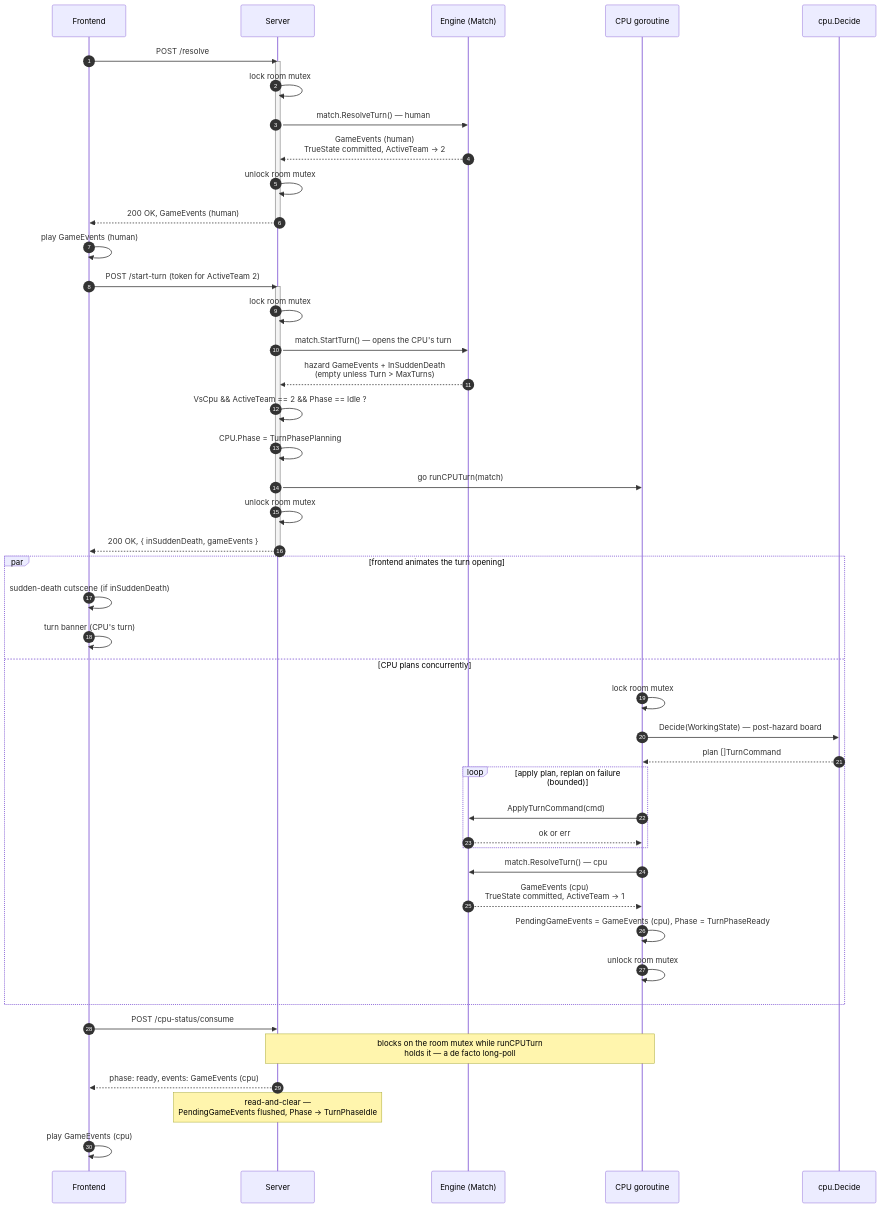
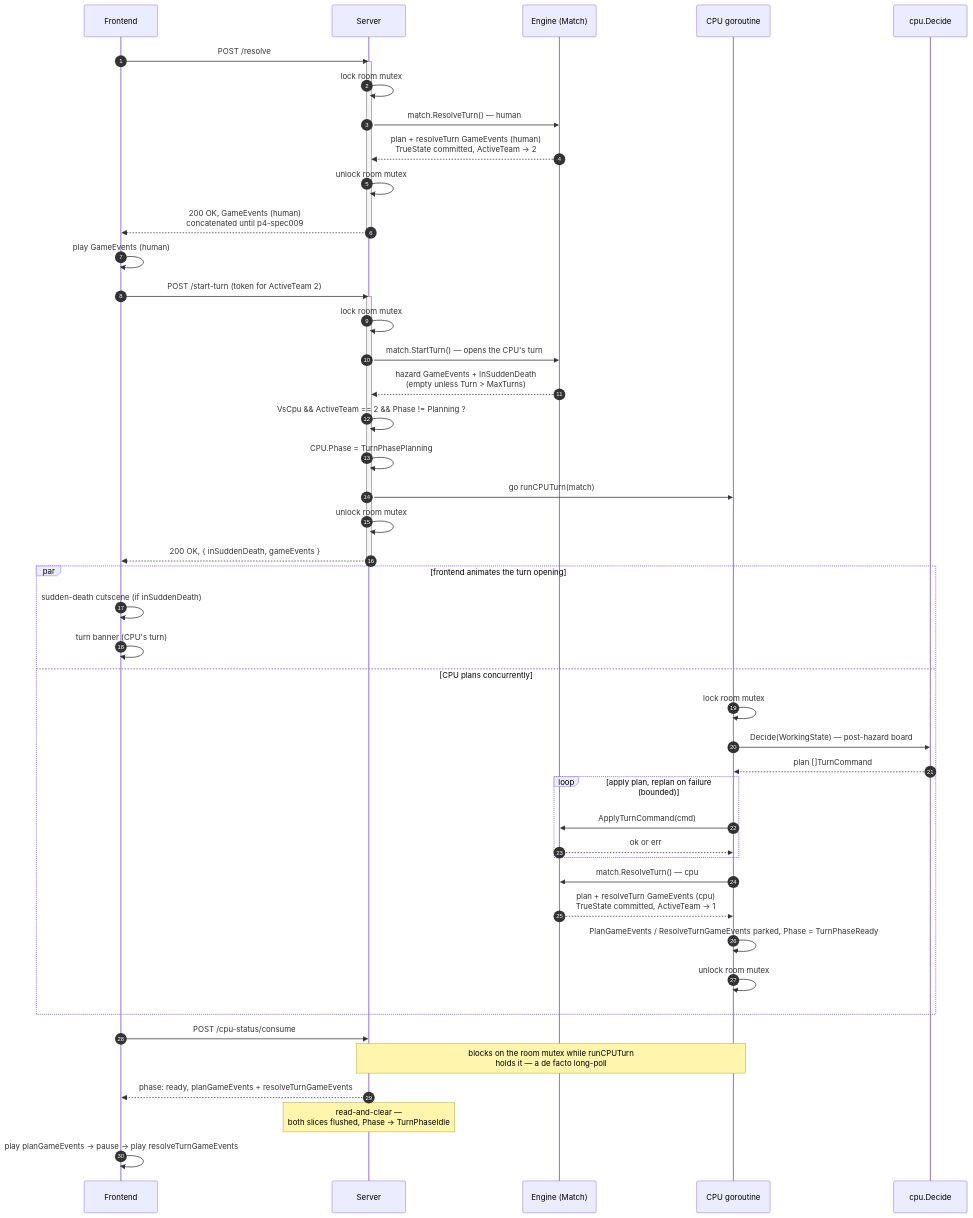
One commit to oscarhkli/bomb-srpg changed the first of 2 diagrams in docs/diagrams/vs-cpu-turn-sequence.md. Above: the diagram before and after it, drawn with Mermaid. The commit also changed other lines of this file and 25 other files, not shown here.

````diff
--- a/docs/diagrams/vs-cpu-turn-sequence.md
+++ b/docs/diagrams/vs-cpu-turn-sequence.md
@@ -5,54 +5,54 @@
 ```mermaid
 sequenceDiagram
     autonumber
     participant FE as Frontend
     participant SV as Server
     participant EN as Engine (Match)
     participant GO as CPU goroutine
     participant CP as cpu.Decide
 
     FE->>SV: POST /resolve
     activate SV
     SV->>SV: lock room mutex
     SV->>EN: match.ResolveTurn()  — human
-    EN-->>SV: GameEvents (human)<br/>TrueState committed, ActiveTeam → 2
+    EN-->>SV: plan + resolveTurn GameEvents (human)<br/>TrueState committed, ActiveTeam → 2
     SV->>SV: unlock room mutex
-    SV-->>FE: 200 OK, GameEvents (human)
+    SV-->>FE: 200 OK, GameEvents (human)<br/>concatenated until p4-spec009
     deactivate SV
     FE->>FE: play GameEvents (human)
 
     FE->>SV: POST /start-turn  (token for ActiveTeam 2)
     activate SV
     SV->>SV: lock room mutex
     SV->>EN: match.StartTurn()  — opens the CPU's turn
     EN-->>SV: hazard GameEvents + InSuddenDeath<br/>(empty unless Turn > MaxTurns)
-    SV->>SV: VsCpu && ActiveTeam == 2 && Phase == Idle ?
+    SV->>SV: VsCpu && ActiveTeam == 2 && Phase != Planning ?
     SV->>SV: CPU.Phase = TurnPhasePlanning
     SV->>GO: go runCPUTurn(match)
     SV->>SV: unlock room mutex
     SV-->>FE: 200 OK, { inSuddenDeath, gameEvents }
     deactivate SV
 
     par frontend animates the turn opening
         FE->>FE: sudden-death cutscene (if inSuddenDeath)
         FE->>FE: turn banner (CPU's turn)
     and CPU plans concurrently
         GO->>GO: lock room mutex
         GO->>CP: Decide(WorkingState)  — post-hazard board
         CP-->>GO: plan []TurnCommand
         loop apply plan, replan on failure (bounded)
             GO->>EN: ApplyTurnCommand(cmd)
             EN-->>GO: ok or err
         end
         GO->>EN: match.ResolveTurn()  — cpu
-        EN-->>GO: GameEvents (cpu)<br/>TrueState committed, ActiveTeam → 1
-        GO->>GO: PendingGameEvents = GameEvents (cpu), Phase = TurnPhaseReady
+        EN-->>GO: plan + resolveTurn GameEvents (cpu)<br/>TrueState committed, ActiveTeam → 1
+        GO->>GO: PlanGameEvents / ResolveTurnGameEvents parked, Phase = TurnPhaseReady
         GO->>GO: unlock room mutex
     end
 
     FE->>SV: POST /cpu-status/consume
     Note over SV,GO: blocks on the room mutex while runCPUTurn<br/>holds it — a de facto long-poll
-    SV-->>FE: phase: ready, events: GameEvents (cpu)
-    Note over SV: read-and-clear —<br/>PendingGameEvents flushed, Phase → TurnPhaseIdle
-    FE->>FE: play GameEvents (cpu)
+    SV-->>FE: phase: ready, planGameEvents + resolveTurnGameEvents
+    Note over SV: read-and-clear —<br/>both slices flushed, Phase → TurnPhaseIdle
+    FE->>FE: play planGameEvents → pause → play resolveTurnGameEvents
 ```
````
